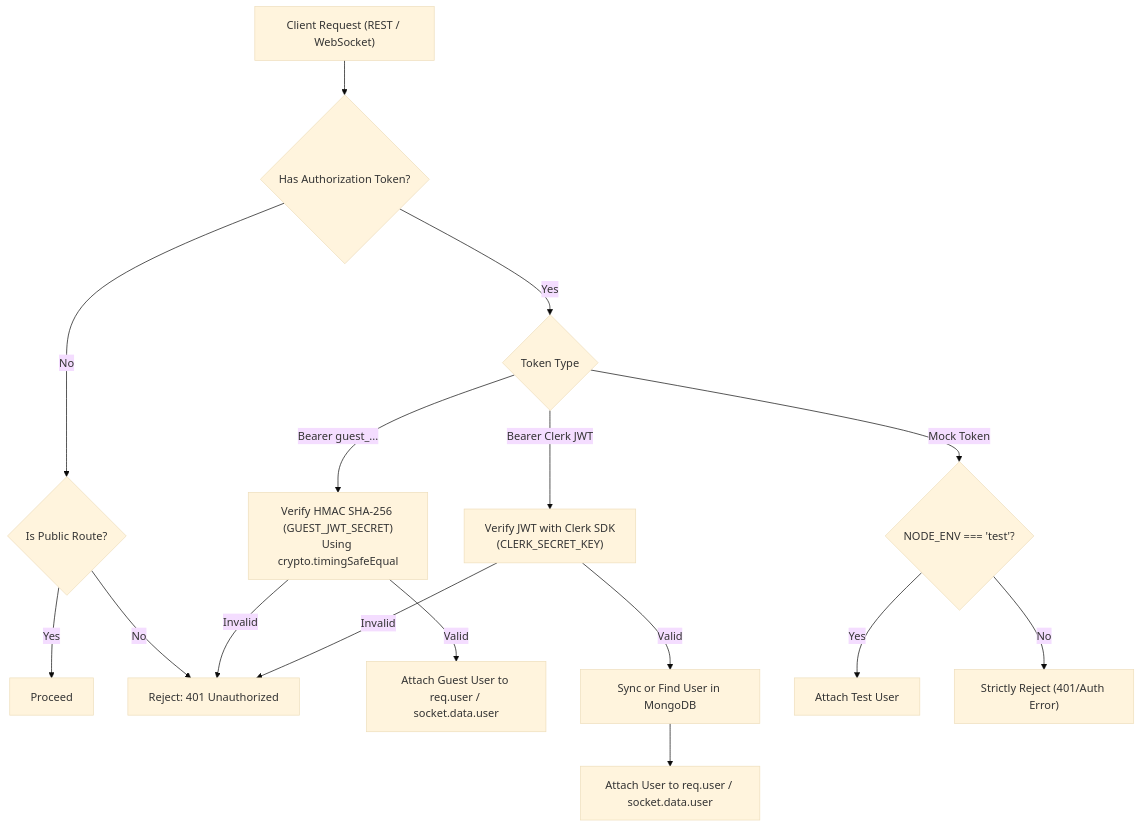
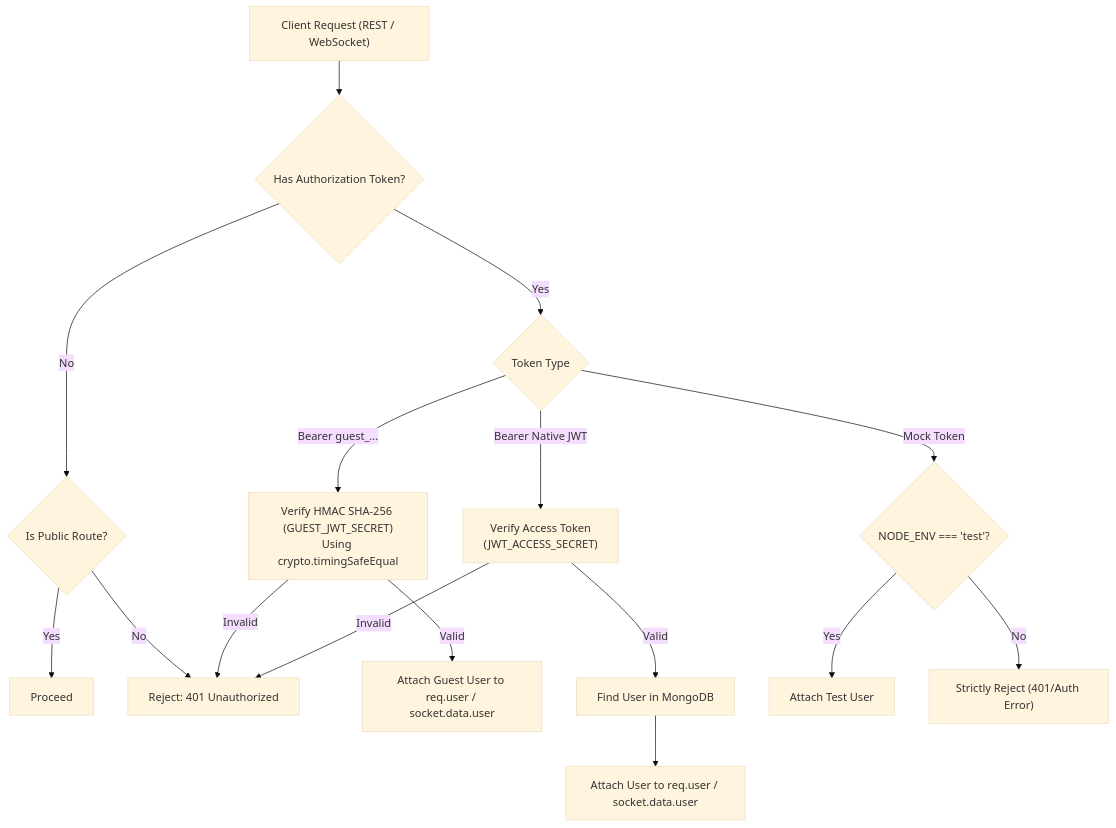
One commit to harshverma-25/CodeArena changed the diagram in docs/06-authentication-security.md. Above: the diagram before and after it, drawn with Mermaid (base theme). The commit also changed other lines of this file and 19 other files, not shown here.

````diff
--- a/docs/06-authentication-security.md
+++ b/docs/06-authentication-security.md
@@ -9,22 +9,22 @@
 ```mermaid
 flowchart TD
     Request["Client Request (REST / WebSocket)"] --> ExtractToken{"Has Authorization Token?"}
     
     ExtractToken -- No --> UnauthCheck{"Is Public Route?"}
     UnauthCheck -- Yes --> Allow[Proceed]
     UnauthCheck -- No --> Reject401[Reject: 401 Unauthorized]
     
     ExtractToken -- Yes --> CheckType{"Token Type"}
     
     CheckType -- "Bearer guest_..." --> GuestVerify["Verify HMAC SHA-256 (GUEST_JWT_SECRET)\nUsing crypto.timingSafeEqual"]
     GuestVerify -- Valid --> AttachGuest["Attach Guest User to req.user / socket.data.user"]
     GuestVerify -- Invalid --> Reject401
     
-    CheckType -- "Bearer Clerk JWT" --> ClerkVerify["Verify JWT with Clerk SDK\n(CLERK_SECRET_KEY)"]
-    ClerkVerify -- Valid --> SyncUser["Sync or Find User in MongoDB"] --> AttachUser["Attach User to req.user / socket.data.user"]
-    ClerkVerify -- Invalid --> Reject401
+    CheckType -- "Bearer Native JWT" --> NativeVerify["Verify Access Token\n(JWT_ACCESS_SECRET)"]
+    NativeVerify -- Valid --> FindUser["Find User in MongoDB"] --> AttachUser["Attach User to req.user / socket.data.user"]
+    NativeVerify -- Invalid --> Reject401
 
     CheckType -- "Mock Token" --> EnvCheck{"NODE_ENV === 'test'?"}
     EnvCheck -- Yes --> AttachMock["Attach Test User"]
     EnvCheck -- No --> RejectBackdoor["Strictly Reject (401/Auth Error)"]
 ```
````
